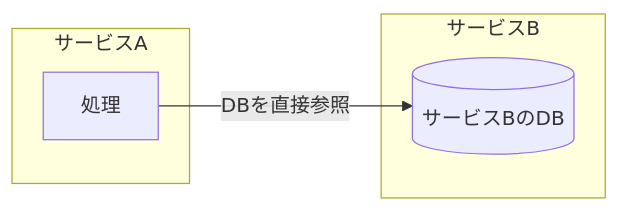
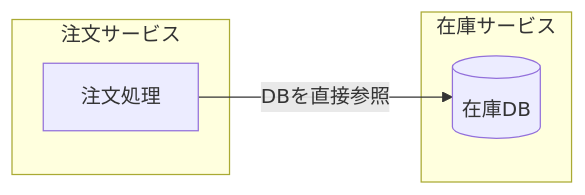
The second of 7 diagrams in articles/0fef0bb54d528d.md (gn-t-k/zenn-content), drawn with Mermaid before and after one commit. The commit also changed other lines of this file, not shown here.

````diff
--- a/articles/0fef0bb54d528d.md
+++ b/articles/0fef0bb54d528d.md
@@ -53,10 +76,10 @@
 ```mermaid
 flowchart LR
-    subgraph serviceA["サービスA"]
-        a["処理"]
+    subgraph order["注文サービス"]
+        o["注文処理"]
     end
-    subgraph serviceB["サービスB"]
-        db[("サービスBのDB")]
+    subgraph inventory["在庫サービス"]
+        db[("在庫DB")]
     end
-    a -- "DBを直接参照" --> db
+    o -- "DBを直接参照" --> db
 ```
````
